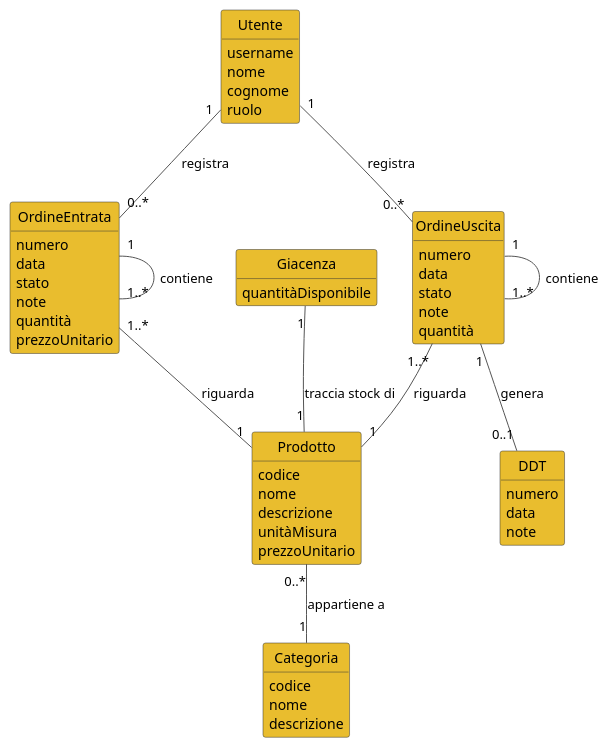
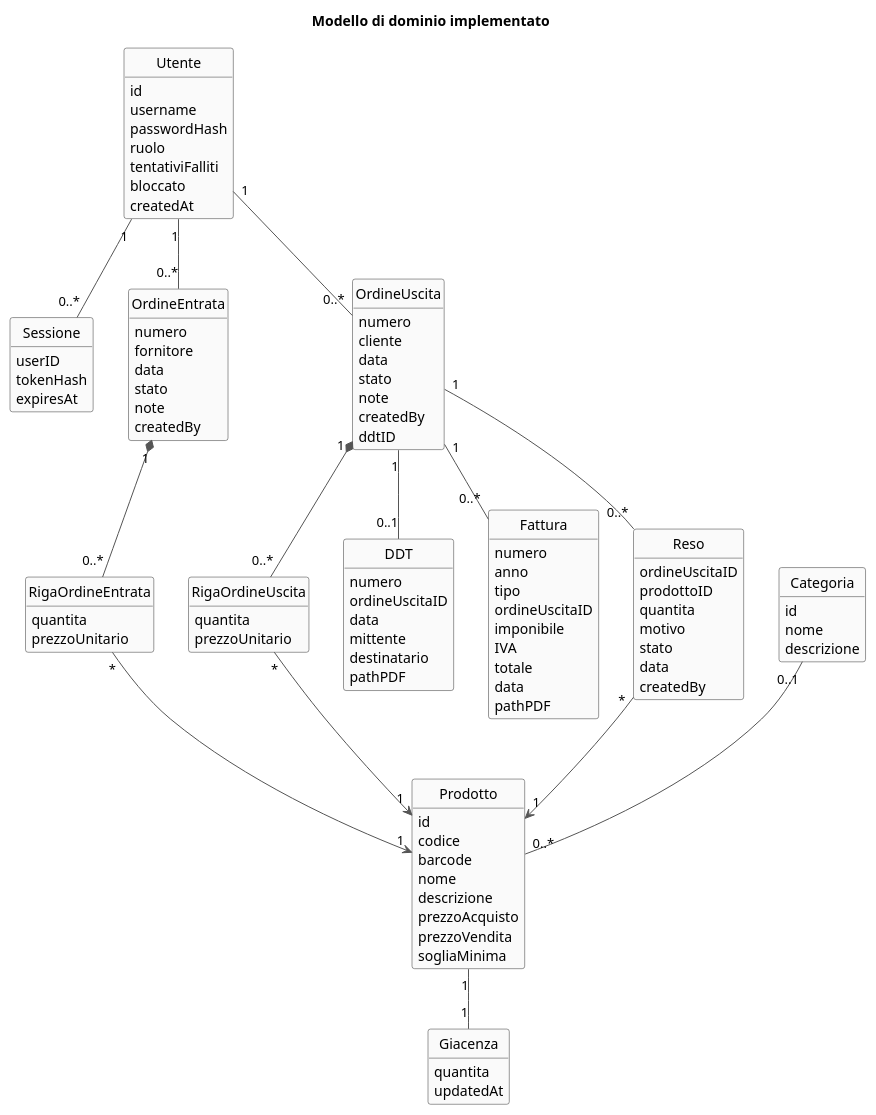
One commit to Dyved33/Appunti-secondo-anno-informatica changed the diagram in Ingegneria del software/Progetto/documentazione/uml/Domain_model.puml. Above: the diagram before and after it, drawn with PlantUML. The commit also changed 228 other files, not shown here.

```diff
--- a/Ingegneria del software/Progetto/documentazione/uml/Domain_model.puml
+++ b/Ingegneria del software/Progetto/documentazione/uml/Domain_model.puml
@@ -1,83 +1,113 @@
-@startuml DomainModel_GestionaleMagazzino
-
+@startuml DomainModel
+hide circle
+hide methods
+skinparam backgroundColor #FFFFFF
+skinparam shadowing false
+skinparam defaultFontName Arial
 skinparam class {
-  BackgroundColor #e9bd2e
-  BorderColor     #333333
-  ArrowColor      #555555
+  BackgroundColor #FAFAFA
+  BorderColor #333333
+  ArrowColor #555555
 }
-skinparam classAttributeIconSize 0
+title Modello di dominio implementato
 hide methods
-hide circle
-
 class Utente {
+  id
   username
-  nome
-  cognome
+  passwordHash
   ruolo
+  tentativiFalliti
+  bloccato
+  createdAt
 }
-
+class Sessione {
+  userID
+  tokenHash
+  expiresAt
+}
 class Categoria {
-  codice
+  id
   nome
   descrizione
 }
-
 class Prodotto {
+  id
   codice
+  barcode
   nome
   descrizione
-  unitàMisura
-  prezzoUnitario
+  prezzoAcquisto
+  prezzoVendita
+  sogliaMinima
 }
-
 class Giacenza {
-  quantitàDisponibile
+  quantita
+  updatedAt
 }
-
 class OrdineEntrata {
   numero
+  fornitore
   data
   stato
   note
-  quantità
+  createdBy
+}
+class RigaOrdineEntrata {
+  quantita
   prezzoUnitario
 }
-
 class OrdineUscita {
   numero
+  cliente
   data
   stato
   note
-  quantità
+  createdBy
+  ddtID
 }
-
+class RigaOrdineUscita {
+  quantita
+  prezzoUnitario
+}
 class DDT {
   numero
+  ordineUscitaID
   data
-  note
+  mittente
+  destinatario
+  pathPDF
 }
-
-' ── ASSOCIAZIONI ────────────────────────────────────
-
-' Un prodotto appartiene a una categoria
-Prodotto       "0..*" -- "1"    Categoria          : appartiene a
-
-' La giacenza traccia lo stock corrente di un prodotto
-Giacenza       "1"    --  "1"    Prodotto            : traccia stock di
-
-' Gli ordini contengono righe (composizione: le righe non esistono senza l'ordine)
-OrdineEntrata  "1"    -- "1..*" OrdineEntrata   : contiene
-OrdineUscita   "1"    -- "1..*" OrdineUscita    : contiene
-
-' Ogni riga riguarda un prodotto
-OrdineEntrata "1..*" -- "1" Prodotto            : riguarda
-OrdineUscita  "1..*" -- "1" Prodotto            : riguarda
-
-' Un ordine di uscita può generare un DDT
-OrdineUscita   "1"    -- "0..1" DDT                 : genera
-
-' Un utente registra ordini
-Utente         "1"    -- "0..*" OrdineEntrata        : registra
-Utente         "1"    -- "0..*" OrdineUscita         : registra
-
+class Fattura {
+  numero
+  anno
+  tipo
+  ordineUscitaID
+  imponibile
+  IVA
+  totale
+  data
+  pathPDF
+}
+class Reso {
+  ordineUscitaID
+  prodottoID
+  quantita
+  motivo
+  stato
+  data
+  createdBy
+}
+Utente "1" -- "0..*" Sessione
+Categoria "0..1" -- "0..*" Prodotto
+Prodotto "1" -- "1" Giacenza
+Utente "1" -- "0..*" OrdineEntrata
+Utente "1" -- "0..*" OrdineUscita
+OrdineEntrata "1" *-- "0..*" RigaOrdineEntrata
+OrdineUscita "1" *-- "0..*" RigaOrdineUscita
+RigaOrdineEntrata "*" --> "1" Prodotto
+RigaOrdineUscita "*" --> "1" Prodotto
+OrdineUscita "1" -- "0..1" DDT
+OrdineUscita "1" -- "0..*" Fattura
+OrdineUscita "1" -- "0..*" Reso
+Reso "*" --> "1" Prodotto
 @enduml
```
